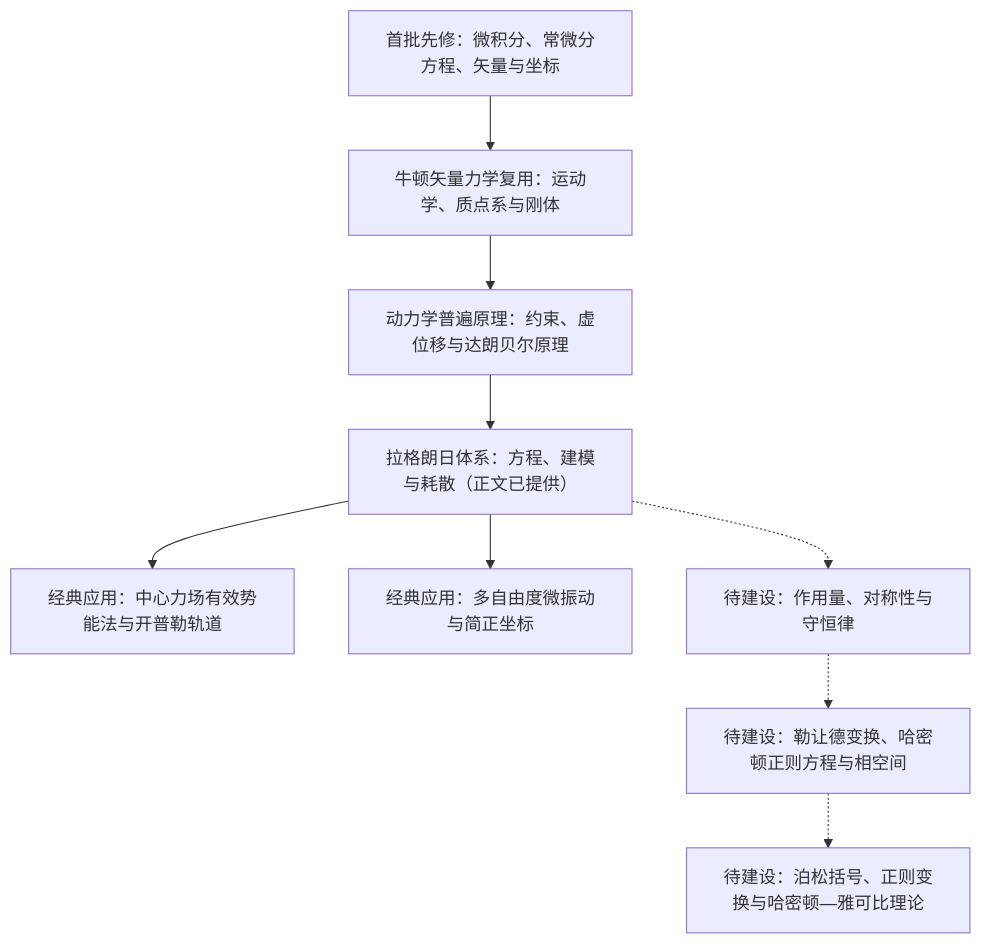
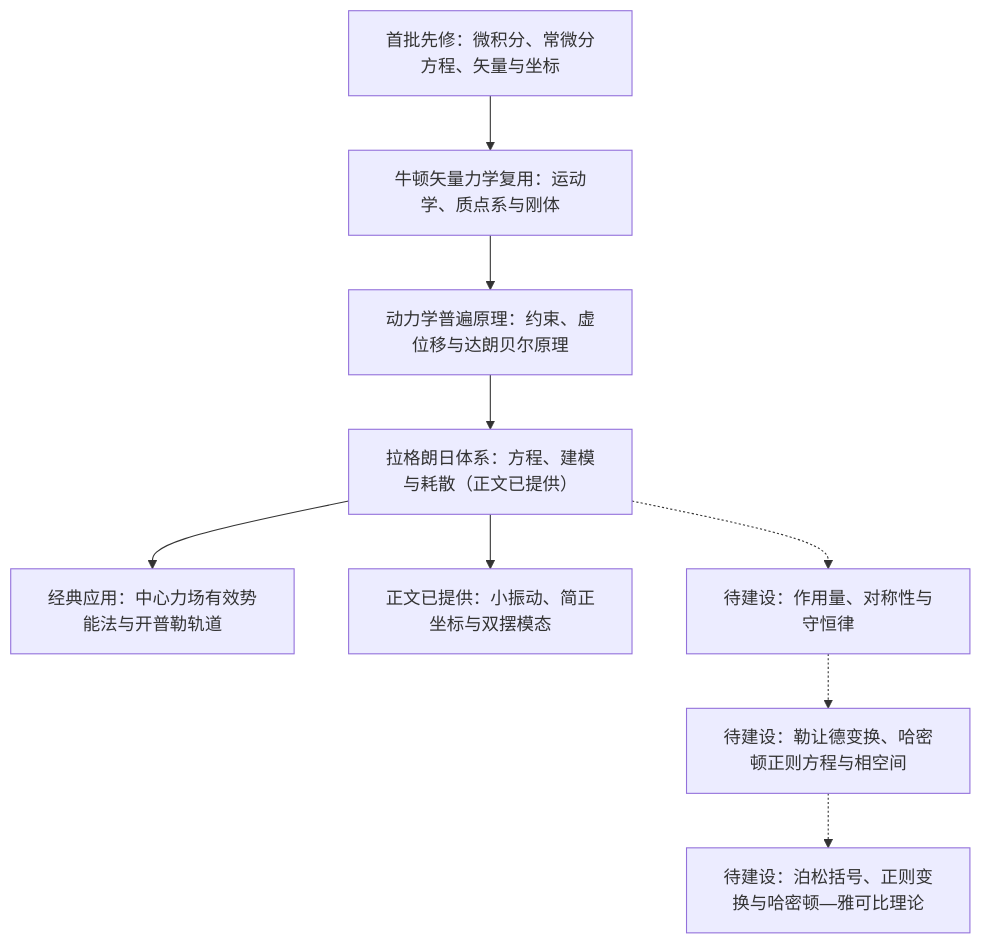
Before and after one commit to Physics-Learning-Wiki/Physics-Learning-Wiki: the diagram in docs/courses/theoretical-mechanics.md, drawn with Mermaid. The commit also changed other lines of this file and 17 other files, not shown here.

````diff
--- a/docs/courses/theoretical-mechanics.md
+++ b/docs/courses/theoretical-mechanics.md
@@ -28,11 +28,11 @@
 ```mermaid
 flowchart TD
     A["首批先修：微积分、常微分方程、矢量与坐标"] --> B["牛顿矢量力学复用：运动学、质点系与刚体"]
     B --> C["动力学普遍原理：约束、虚位移与达朗贝尔原理"]
     C --> D["拉格朗日体系：方程、建模与耗散（正文已提供）"]
     D --> E["经典应用：中心力场有效势能法与开普勒轨道"]
-    D --> F["经典应用：多自由度微振动与简正坐标"]
+    D --> F["正文已提供：小振动、简正坐标与双摆模态"]
     D -.-> N["待建设：作用量、对称性与守恒律"]
     N -.-> G["待建设：勒让德变换、哈密顿正则方程与相空间"]
     G -.-> H["待建设：泊松括号、正则变换与哈密顿—雅可比理论"]
 ```
````
